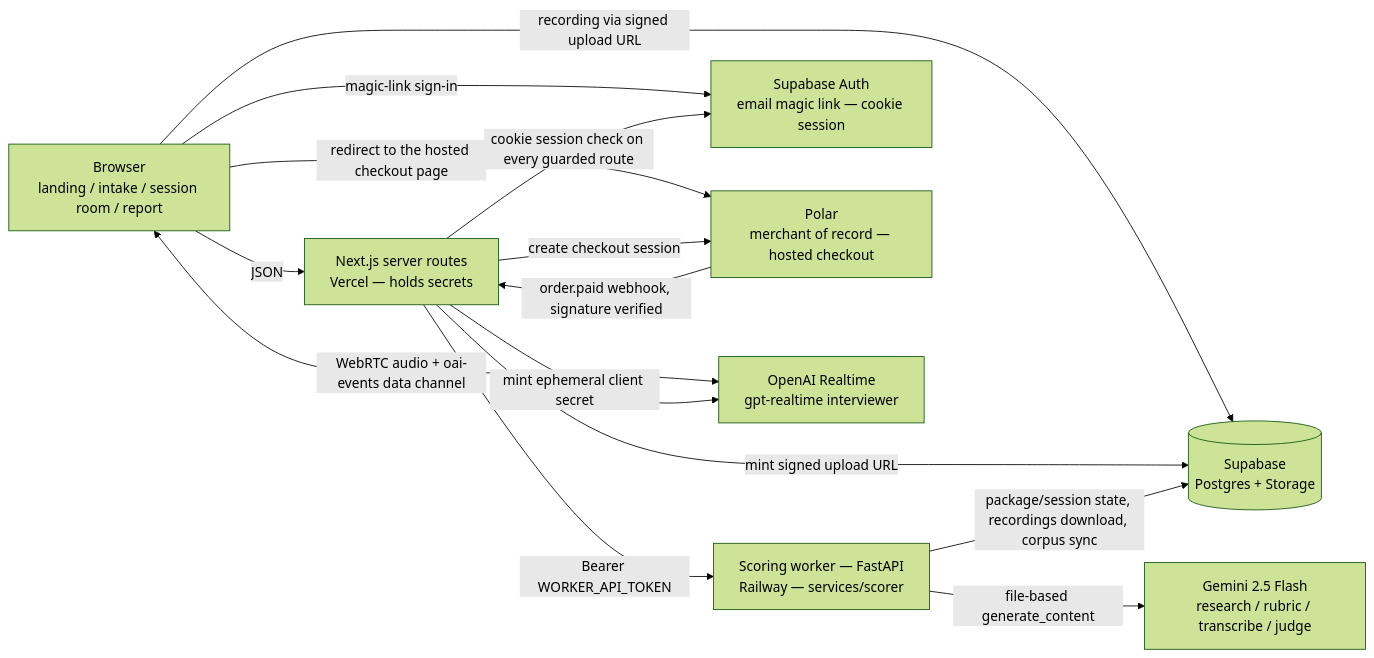
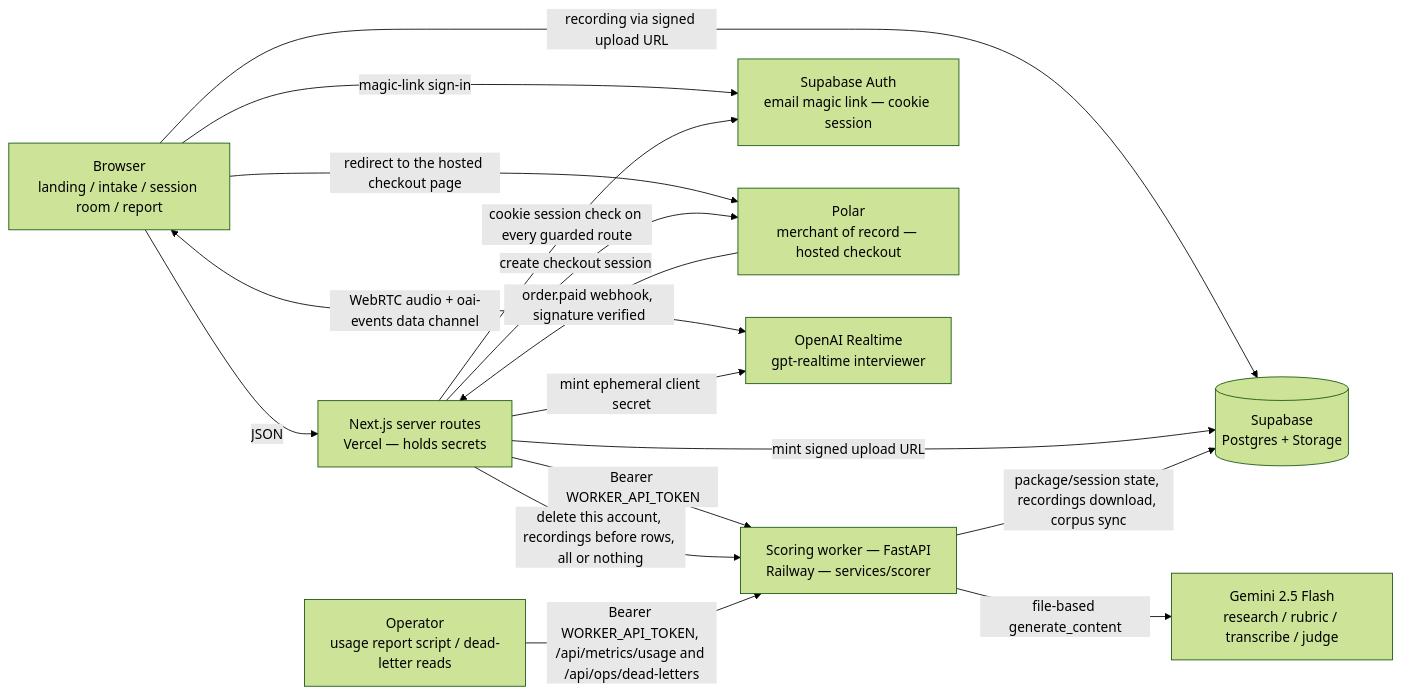
One commit to bridgewright/flightcheck changed the diagram in README.md. Above: the diagram before and after it, drawn with Mermaid (forest theme). The commit also changed other lines of this file and 53 other files, not shown here.

````diff
--- a/README.md
+++ b/README.md
@@ -38,25 +37,28 @@
 ```mermaid
 flowchart LR
     B[Browser<br/>landing / intake / session room / report]
     W[Next.js server routes<br/>Vercel — holds secrets]
     K[Scoring worker — FastAPI<br/>Railway — services/scorer]
     S[(Supabase<br/>Postgres + Storage)]
     A[Supabase Auth<br/>email magic link — cookie session]
     P[Polar<br/>merchant of record — hosted checkout]
     OAI[OpenAI Realtime<br/>gpt-realtime interviewer]
     G[Gemini 2.5 Flash<br/>research / rubric / transcribe / judge]
+    OP[Operator<br/>usage report script / dead-letter reads]
 
     B -->|JSON| W
     B -->|magic-link sign-in| A
     B -->|recording via signed upload URL| S
     B <-->|WebRTC audio + oai-events data channel| OAI
     B -->|redirect to the hosted checkout page| P
     W -->|cookie session check on every guarded route| A
     W -->|Bearer WORKER_API_TOKEN| K
     W -->|mint ephemeral client secret| OAI
     W -->|mint signed upload URL| S
     W -->|create checkout session| P
+    W -->|delete this account, recordings before rows, all or nothing| K
     P -->|order.paid webhook, signature verified| W
     K -->|package/session state, recordings download, corpus sync| S
     K -->|file-based generate_content| G
+    OP -->|Bearer WORKER_API_TOKEN, /api/metrics/usage and /api/ops/dead-letters| K
 ```
````
